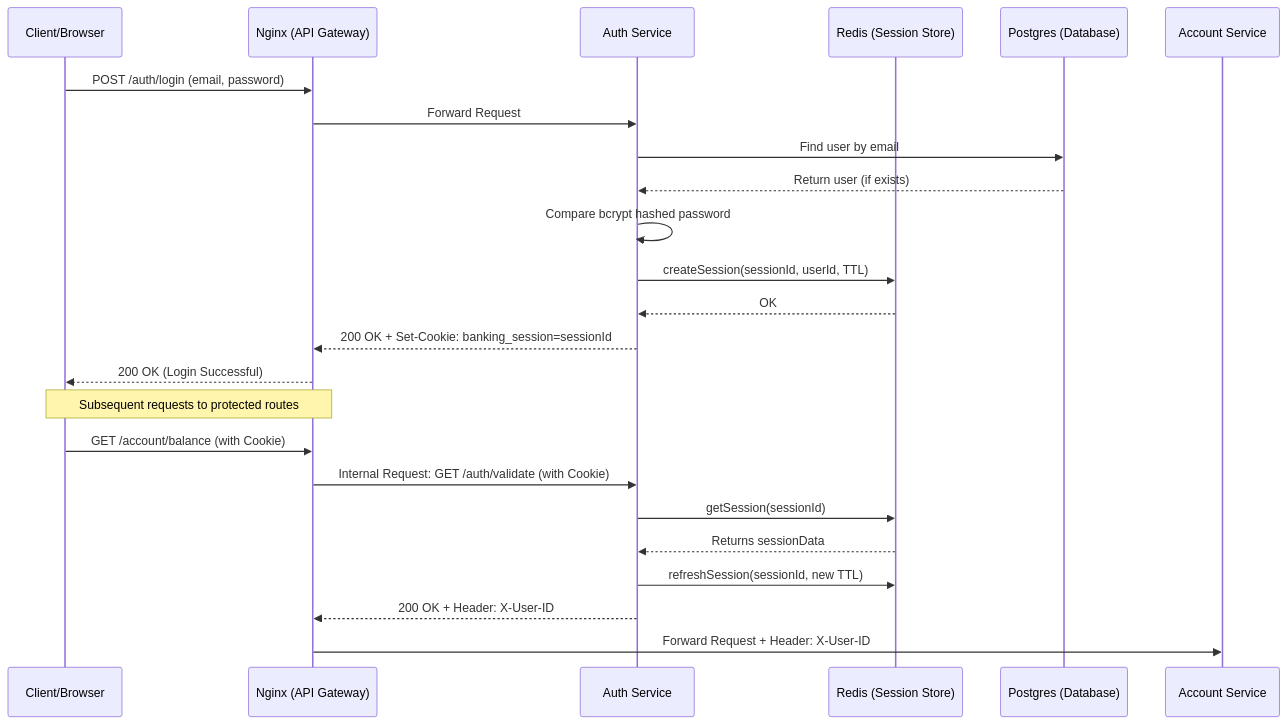
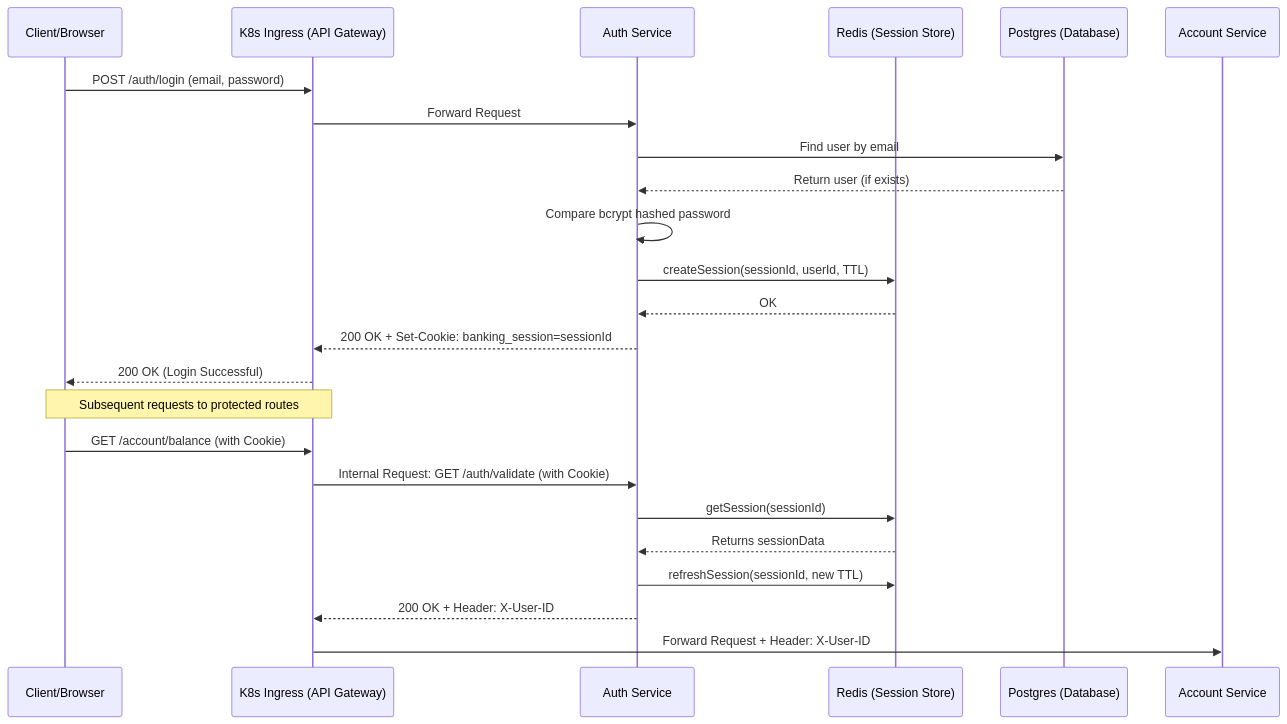
One commit to maniR1990/BANKING-APP changed the diagram in apps/auth/README.md. Above: the diagram before and after it, drawn with Mermaid. The commit also changed other lines of this file and 7 other files, not shown here.

First line of the commit message:
docs: update markdown files to reflect current k8s architecture and missing components

````diff
--- a/apps/auth/README.md
+++ b/apps/auth/README.md
@@ -21,28 +21,28 @@
 ```mermaid
 sequenceDiagram
     participant User as Client/Browser
-    participant Gateway as Nginx (API Gateway)
+    participant Gateway as K8s Ingress (API Gateway)
     participant Auth as Auth Service
     participant Redis as Redis (Session Store)
     participant DB as Postgres (Database)
 
     User->>Gateway: POST /auth/login (email, password)
     Gateway->>Auth: Forward Request
     Auth->>DB: Find user by email
     DB-->>Auth: Return user (if exists)
     Auth->>Auth: Compare bcrypt hashed password
     Auth->>Redis: createSession(sessionId, userId, TTL)
     Redis-->>Auth: OK
     Auth-->>Gateway: 200 OK + Set-Cookie: banking_session=sessionId
     Gateway-->>User: 200 OK (Login Successful)
 
     Note over User, Gateway: Subsequent requests to protected routes
 
     User->>Gateway: GET /account/balance (with Cookie)
     Gateway->>Auth: Internal Request: GET /auth/validate (with Cookie)
     Auth->>Redis: getSession(sessionId)
     Redis-->>Auth: Returns sessionData
     Auth->>Redis: refreshSession(sessionId, new TTL)
     Auth-->>Gateway: 200 OK + Header: X-User-ID
     Gateway->>Account Service: Forward Request + Header: X-User-ID
 ```
````
